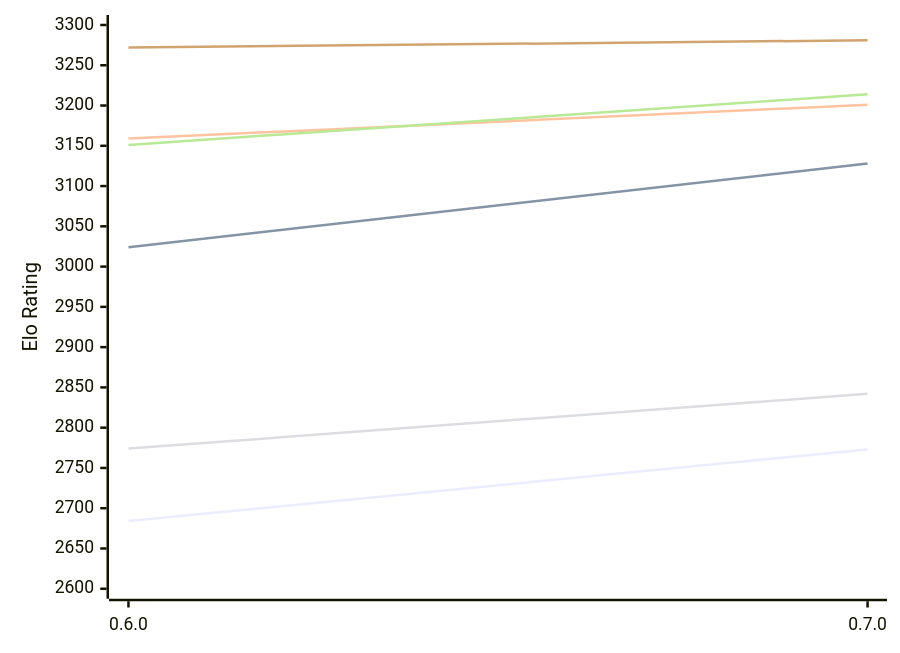
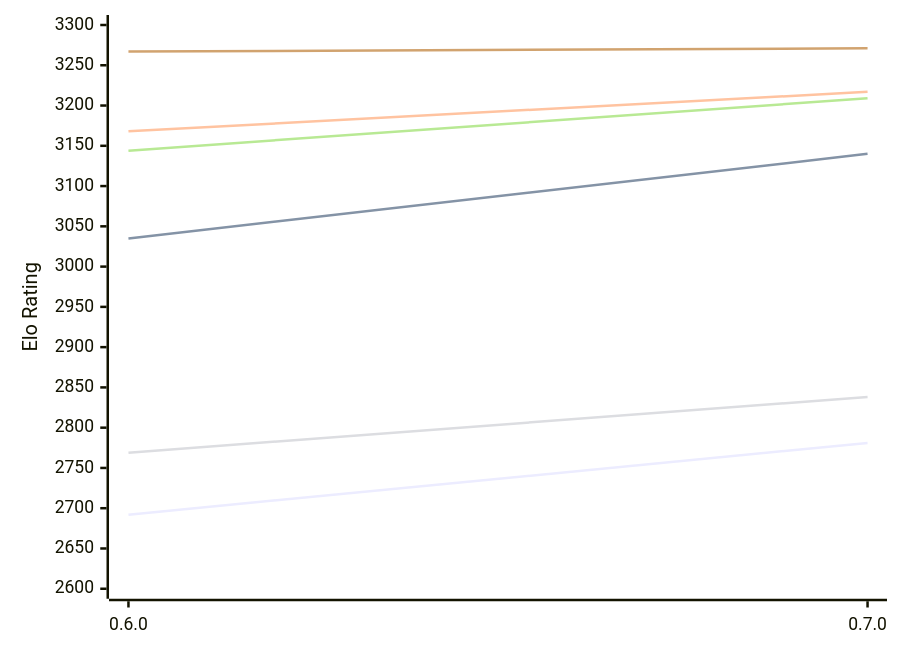
Before and after one commit to computer-chess-index/cci: the first of 2 diagrams in engines/AteNika.md, drawn with Mermaid. The commit also changed other lines of this file, not shown here.

Commit message:
Update CCI Ratings (ELO VLTC) - 2026-11-06

````diff
--- a/engines/AteNika.md
+++ b/engines/AteNika.md
@@ -52,12 +52,12 @@
 ```mermaid
 %%{init: {"theme":"base","themeVariables":{"seriesColors:['#a3a3a3','#222221','#faa371']}}}%%
 xychart-beta
   x-axis ["0.6.0", "0.7.0"]
   y-axis "Elo Rating" 2600 --> 3300
-  line "E1: STC (8.0+0.08s)" [2684, 2773]
-  line "E1: LTC (60.0+0.60s)" [3024, 3128]
-  line "E1: VLTC (2m24s+1.12s)" [3159, 3201]
-  line "P1: STC (8.0+0.08s)" [2774, 2842]
-  line "P1: LTC (60.0+0.60s)" [3151, 3214]
-  line "P1: VLTC (2m24s+1.12s)" [3272, 3281]
+  line "E1: STC (8.0+0.08s)" [2692, 2781]
+  line "E1: LTC (60.0+0.60s)" [3035, 3140]
+  line "E1: VLTC (2m24s+1.12s)" [3168, 3217]
+  line "P1: STC (8.0+0.08s)" [2769, 2838]
+  line "P1: LTC (60.0+0.60s)" [3144, 3209]
+  line "P1: VLTC (2m24s+1.12s)" [3267, 3271]
 ```
````
